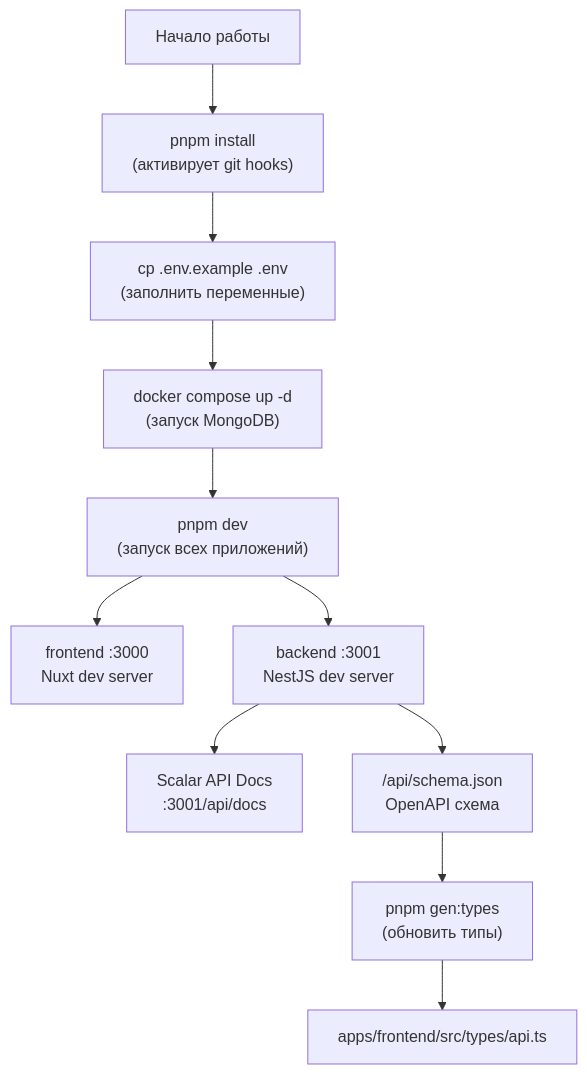
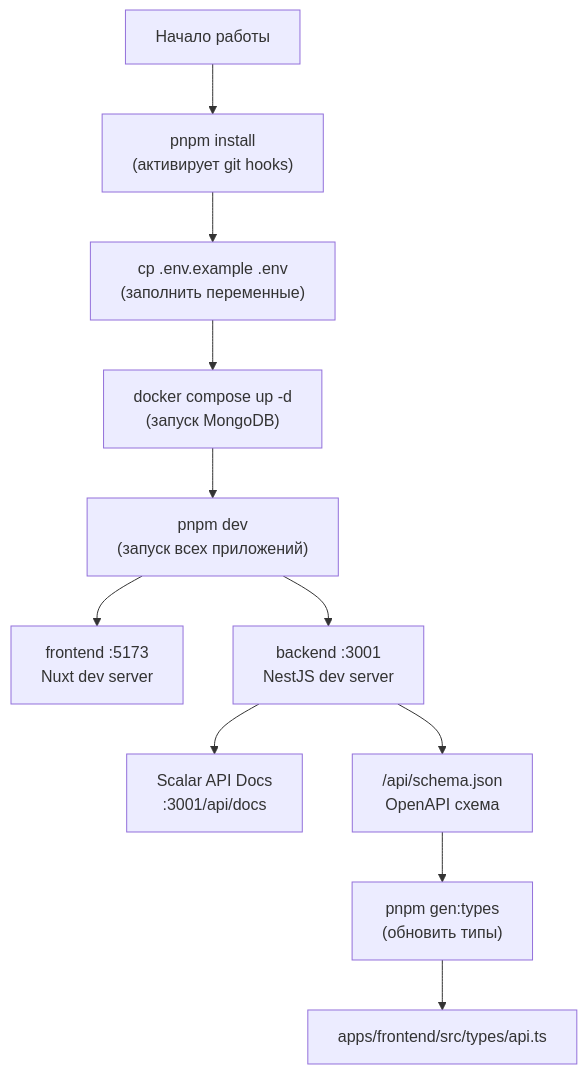
One commit to ZeroTeam-2/Fuse changed the eighth of 8 diagrams in docs/base/structure.md. Above: the diagram before and after it, drawn with Mermaid. The commit also changed 10 other files, not shown here.

````diff
--- a/docs/base/structure.md
+++ b/docs/base/structure.md
@@ -330,17 +330,17 @@
 ```mermaid
 flowchart TD
     start["Начало работы"]
 
     start --> install["pnpm install\n(активирует git hooks)"]
     install --> env["cp .env.example .env\n(заполнить переменные)"]
     env --> docker["docker compose up -d\n(запуск MongoDB)"]
     docker --> devAll["pnpm dev\n(запуск всех приложений)"]
 
-    devAll --> frontDev["frontend :3000\nNuxt dev server"]
+    devAll --> frontDev["frontend :5173\nNuxt dev server"]
     devAll --> backDev["backend :3001\nNestJS dev server"]
     backDev --> scalarDocs["Scalar API Docs\n:3001/api/docs"]
     backDev --> schemaJson["/api/schema.json\nOpenAPI схема"]
 
     schemaJson --> genTypes["pnpm gen:types\n(обновить типы)"]
     genTypes --> apiTs["apps/frontend/src/types/api.ts"]
 ```
````
